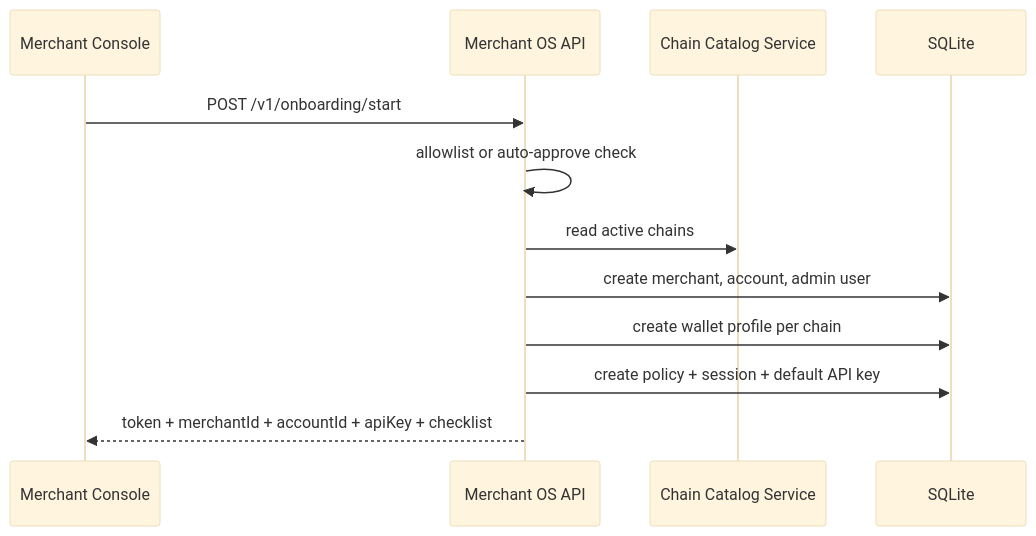
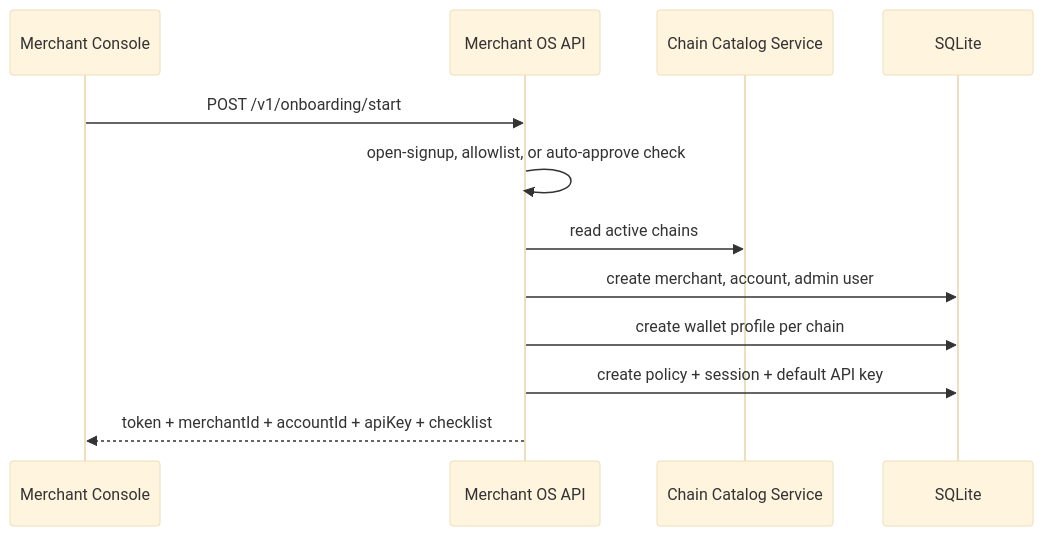
The second of 7 diagrams in merchant-os/ARCHITECTURE_DEEP_DIVE.md (RailBridge-AI/Railbridge-X-Unlink), drawn with Mermaid (base theme) before and after one commit. The commit also changed 7 other files, not shown here.

Commit message:
Open signup when onboarding allowlist is empty

````diff
--- a/merchant-os/ARCHITECTURE_DEEP_DIVE.md
+++ b/merchant-os/ARCHITECTURE_DEEP_DIVE.md
@@ -142,15 +142,15 @@
 ```mermaid
 sequenceDiagram
   participant Console as Merchant Console
   participant API as Merchant OS API
   participant Catalog as Chain Catalog Service
   participant DB as SQLite
 
   Console->>API: POST /v1/onboarding/start
-  API->>API: allowlist or auto-approve check
+  API->>API: open-signup, allowlist, or auto-approve check
   API->>Catalog: read active chains
   API->>DB: create merchant, account, admin user
   API->>DB: create wallet profile per chain
   API->>DB: create policy + session + default API key
   API-->>Console: token + merchantId + accountId + apiKey + checklist
 ```
````
